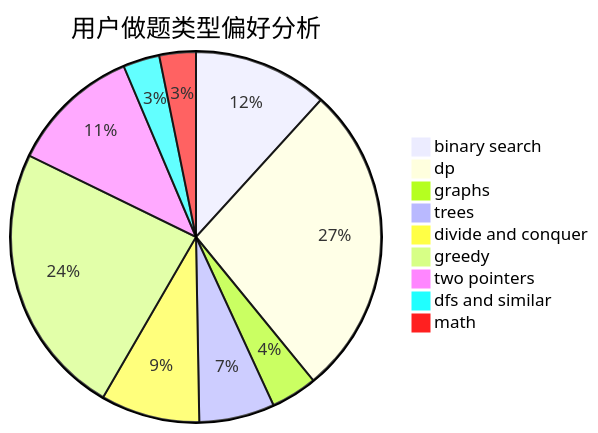
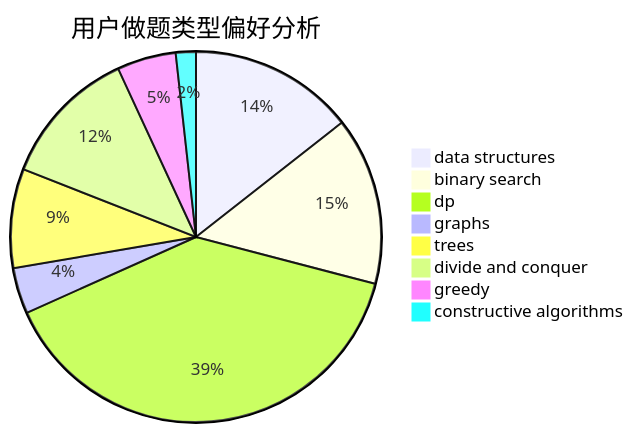
Before and after one commit to sherpahu/cfrs.github.io: the second of 3 diagrams in docs/user/u532.md, drawn with Mermaid. The commit also changed other lines of this file and 2775 other files, not shown here.

````diff
--- a/docs/user/u532.md
+++ b/docs/user/u532.md
@@ -23,12 +23,11 @@
 ```mermaid
 pie title 用户做题类型偏好分析
-    "binary search" :  166
-    "dp" :  386
-    "graphs" :  57
-    "trees" :  93
-    "divide and conquer" :  122
-    "greedy" :  337
-    "two pointers" :  161
-    "dfs and similar" :  45
-    "math" :  45
+    "data structures" :  115
+    "binary search" :  117
+    "dp" :  313
+    "graphs" :  32
+    "trees" :  69
+    "divide and conquer" :  97
+    "greedy" :  41
+    "constructive algorithms" :  14
 ```
````
